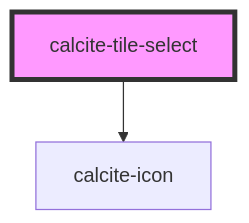
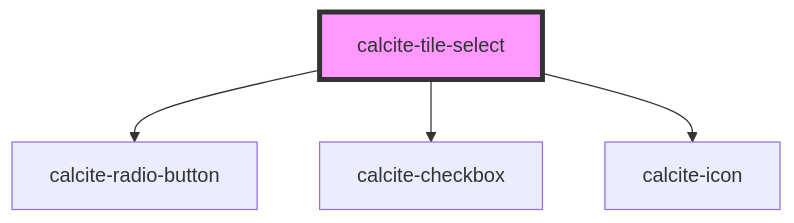
One commit to Esri/calcite-design-system changed the diagram in packages/calcite-components/src/components/tile-select/readme.md. Above: the diagram before and after it, drawn with Mermaid. The commit also changed other lines of this file and 82 other files, not shown here.

````diff
--- a/packages/calcite-components/src/components/tile-select/readme.md
+++ b/packages/calcite-components/src/components/tile-select/readme.md
@@ -70,5 +71,7 @@
 ```mermaid
 graph TD;
+  calcite-tile-select --> calcite-radio-button
+  calcite-tile-select --> calcite-checkbox
   calcite-tile-select --> calcite-icon
   style calcite-tile-select fill:#f9f,stroke:#333,stroke-width:4px
 ```
````
